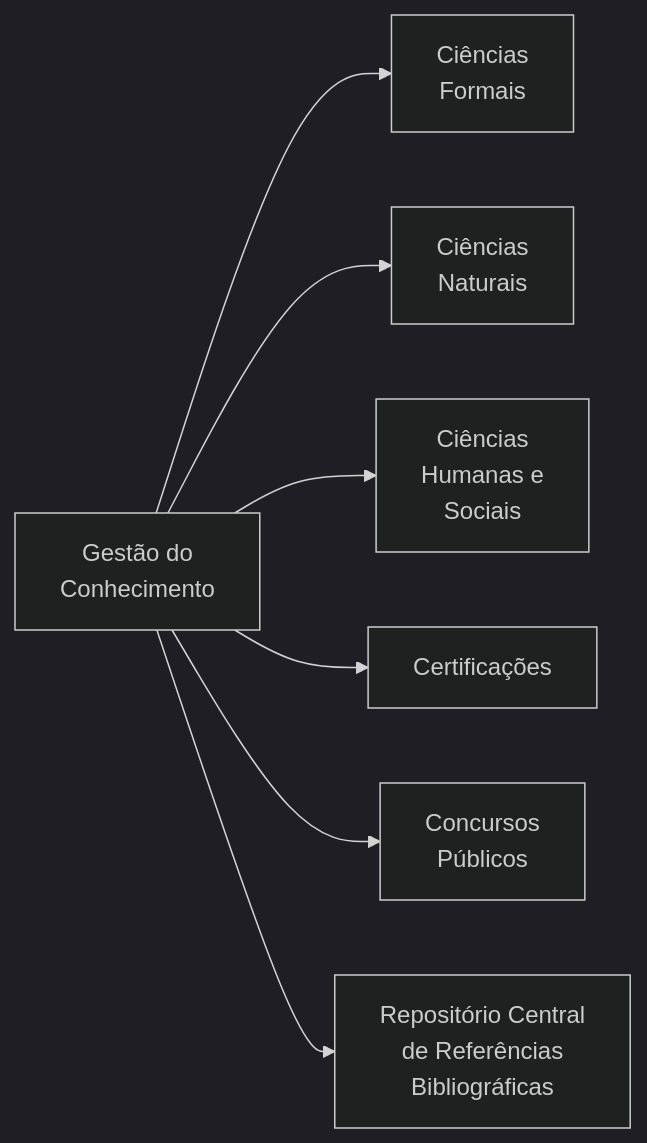
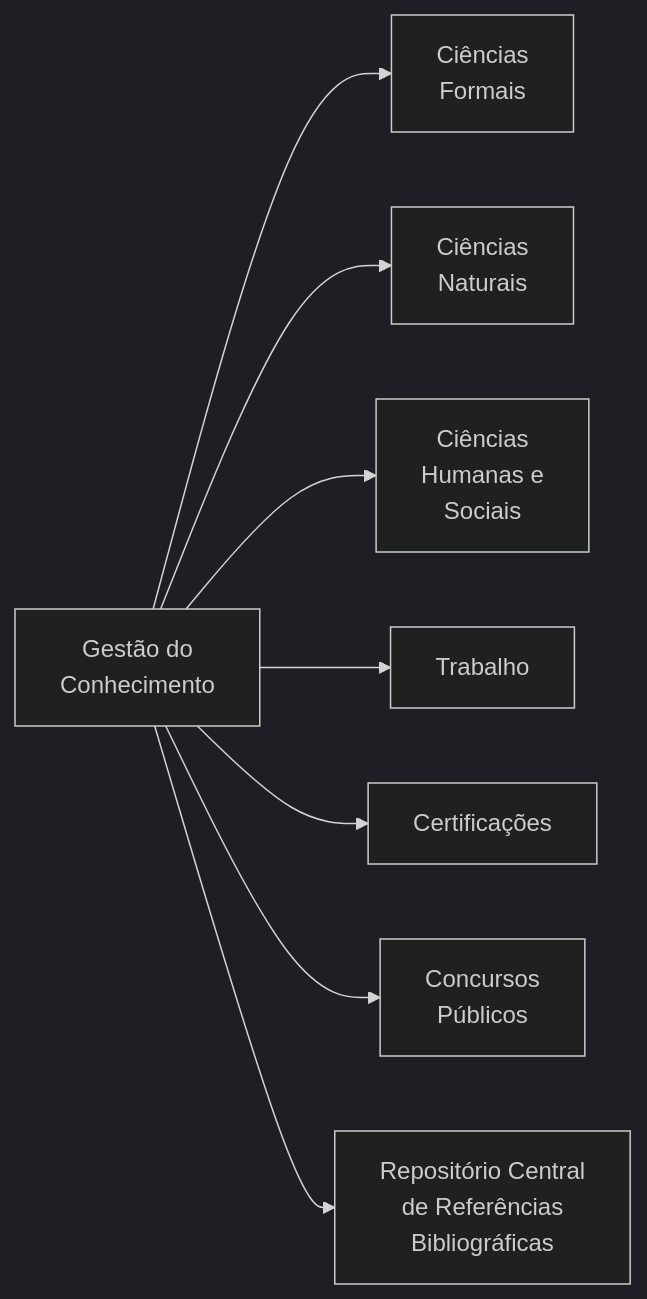
The third of 5 diagrams in README.md (dnlclaudino/gestao-do-conhecimento), drawn with Mermaid (dark theme) before and after one commit. The commit also changed other lines of this file, not shown here.

````diff
--- a/README.md
+++ b/README.md
@@ -92,9 +92,10 @@
 ```mermaid
 graph LR;
 A[Gestão do<br>Conhecimento ]-->CF[Ciências<br>Formais];
   A-->CN[Ciências<br>Naturais];
   A-->CHS[Ciências<br>Humanas e<br>Sociais]
+  A-->PRO[Trabalho];
   A-->CERT[Certificações];
   A-->CP[Concursos<br>Públicos];
   A-->RCRB[Repositório Central<br>de Referências<br>Bibliográficas]
 ```
````
